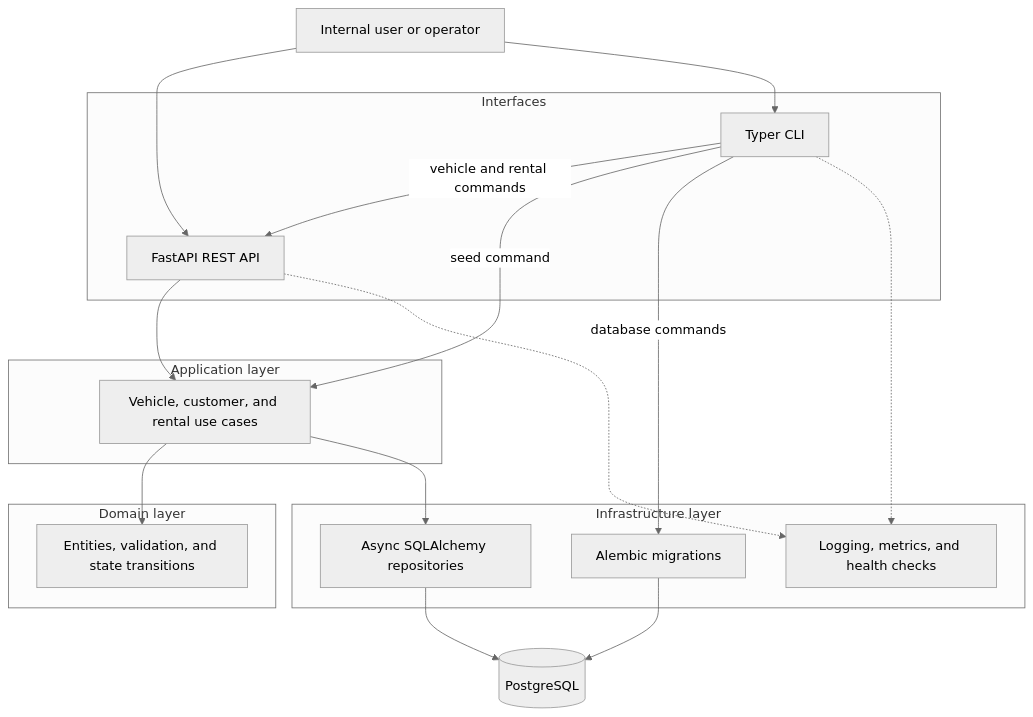
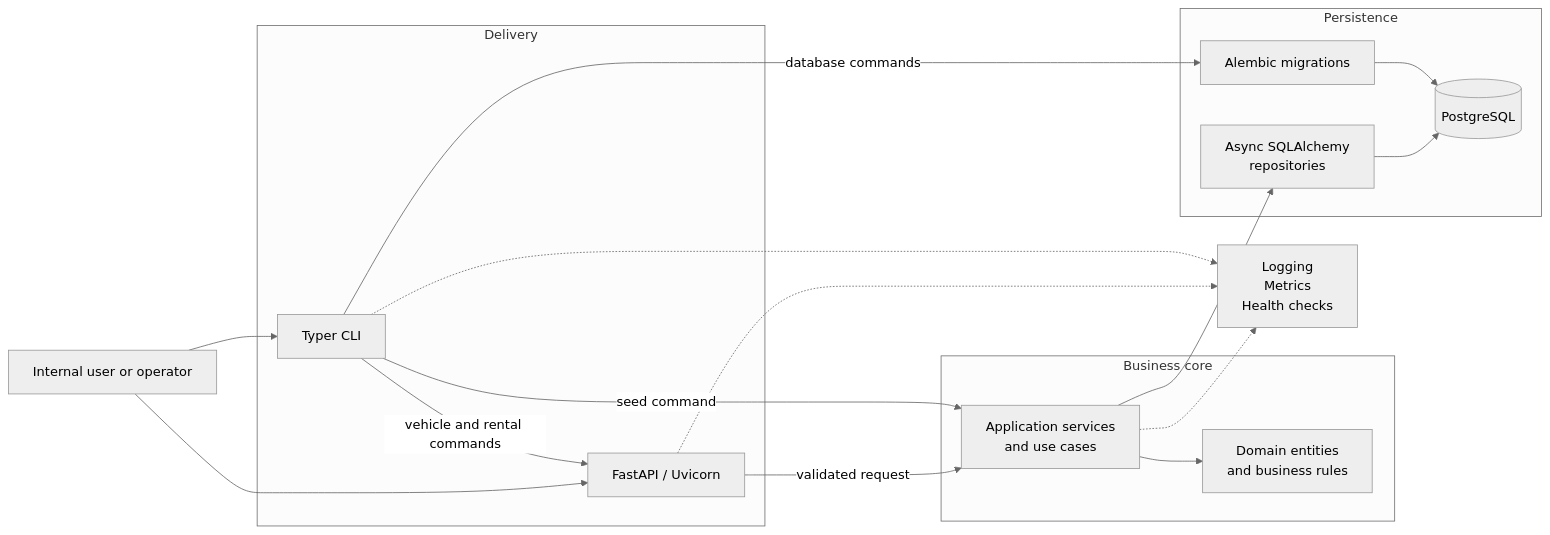
The first of 2 diagrams in README.md (jibarlia/vehicle-rental-core), drawn with Mermaid (neutral theme) before and after one commit. The commit also changed other lines of this file, not shown here.

Commit message:
docs(readme): document console and rotating file logging

````diff
--- a/README.md
+++ b/README.md
@@ -231,38 +326,36 @@
 ```mermaid
-flowchart TB
+flowchart LR
     User["Internal user or operator"]
 
-    subgraph Interfaces["Interfaces"]
-        API["FastAPI REST API"]
+    subgraph Delivery["Delivery"]
+        API["FastAPI / Uvicorn"]
         CLI["Typer CLI"]
     end
 
-    subgraph Application["Application layer"]
-        Services["Vehicle, customer, and rental use cases"]
+    subgraph Core["Business core"]
+        Services["Application services<br/>and use cases"]
+        Domain["Domain entities<br/>and business rules"]
     end
 
-    subgraph Domain["Domain layer"]
-        Rules["Entities, validation, and state transitions"]
+    subgraph Persistence["Persistence"]
+        Repositories["Async SQLAlchemy<br/>repositories"]
+        Alembic["Alembic migrations"]
+        Database[("PostgreSQL")]
     end
 
-    subgraph Infrastructure["Infrastructure layer"]
-        Repositories["Async SQLAlchemy repositories"]
-        Migrations["Alembic migrations"]
-        Observability["Logging, metrics, and health checks"]
-    end
-
-    Database[("PostgreSQL")]
+    Observability["Logging<br/>Metrics<br/>Health checks"]
 
     User --> API
     User --> CLI
     CLI -->|"vehicle and rental commands"| API
-    API --> Services
+    API -->|"validated request"| Services
     CLI -->|"seed command"| Services
-    Services --> Rules
+    Services --> Domain
     Services --> Repositories
     Repositories --> Database
-    CLI -->|"database commands"| Migrations
-    Migrations --> Database
+    CLI -->|"database commands"| Alembic
+    Alembic --> Database
     API -.-> Observability
+    Services -.-> Observability
     CLI -.-> Observability
 ```
````
